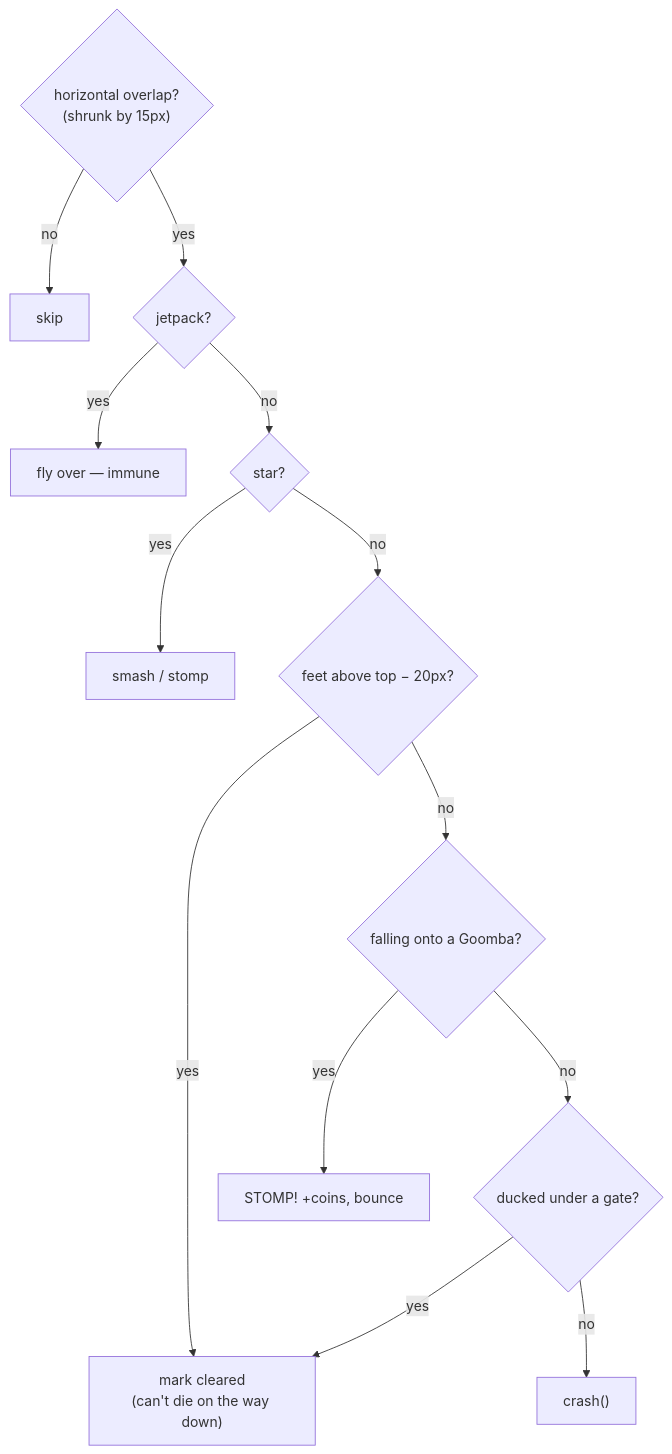
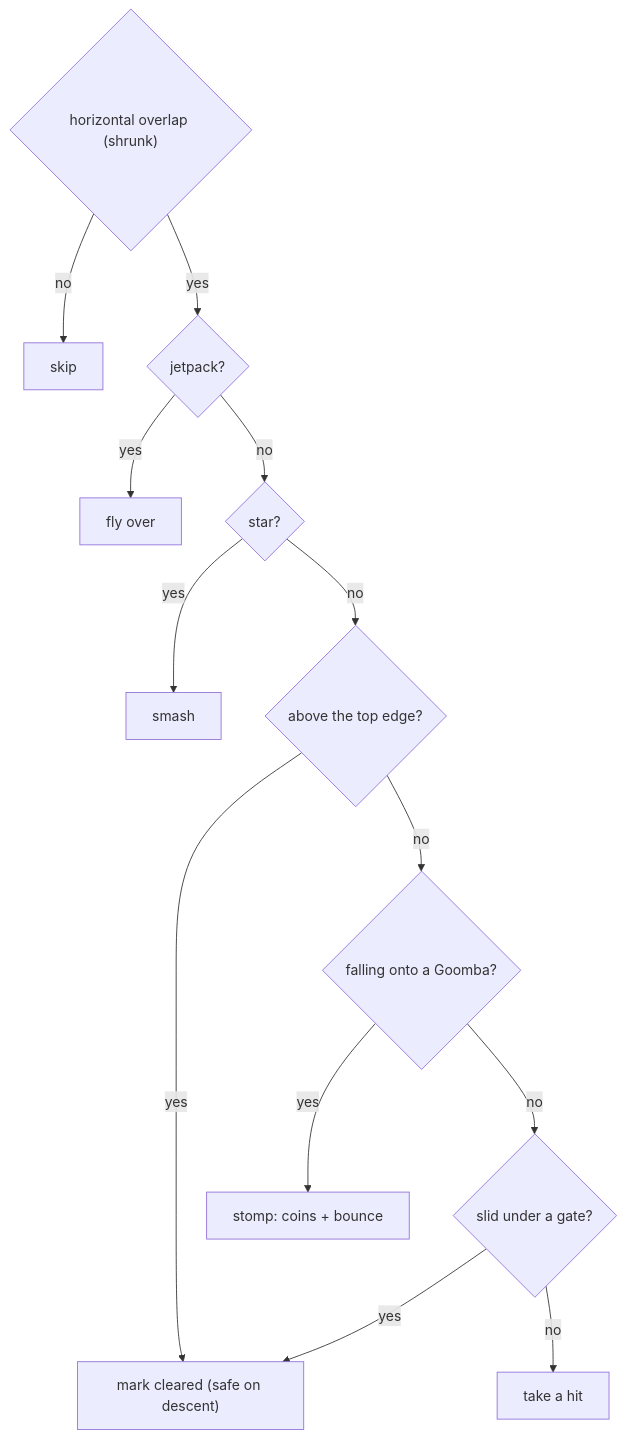
Before and after one commit to Kevin-Edwards57/avenue-run: the fifth of 7 diagrams in ARCHITECTURE.md, drawn with Mermaid. The commit also changed other lines of this file and 3 other files, not shown here.

Commit message:
docs: rewrite README and system architecture; stop tracking local tooling

````diff
--- a/ARCHITECTURE.md
+++ b/ARCHITECTURE.md
@@ -179,15 +150,15 @@
 ```mermaid
 flowchart TB
-  OV{"horizontal overlap?<br/>(shrunk by 15px)"} -->|no| PASS[skip]
+  OV{"horizontal overlap (shrunk)"} -->|no| PASS[skip]
   OV -->|yes| JETC{jetpack?}
-  JETC -->|yes| PASS2["fly over — immune"]
+  JETC -->|yes| PASS2[fly over]
   JETC -->|no| STAR{star?}
-  STAR -->|yes| SMASH["smash / stomp"]
-  STAR -->|no| CLR{"feet above top − 20px?"}
-  CLR -->|yes| MARK["mark cleared<br/>(can't die on the way down)"]
+  STAR -->|yes| SMASH[smash]
+  STAR -->|no| CLR{"above the top edge?"}
+  CLR -->|yes| MARK["mark cleared (safe on descent)"]
   CLR -->|no| GOOMBA{"falling onto a Goomba?"}
-  GOOMBA -->|yes| STOMP["STOMP! +coins, bounce"]
-  GOOMBA -->|no| UNDER{"ducked under a gate?"}
+  GOOMBA -->|yes| STOMP["stomp: coins + bounce"]
+  GOOMBA -->|no| UNDER{"slid under a gate?"}
   UNDER -->|yes| MARK
-  UNDER -->|no| HIT["crash()"]
+  UNDER -->|no| HIT["take a hit"]
 ```
````
